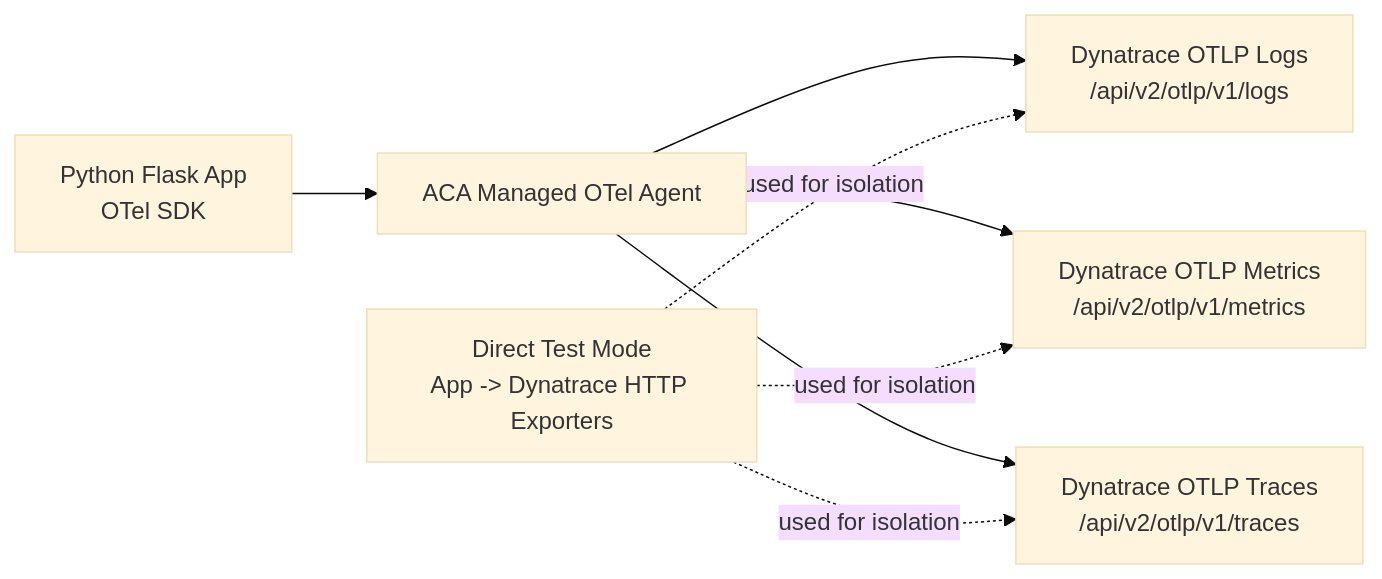
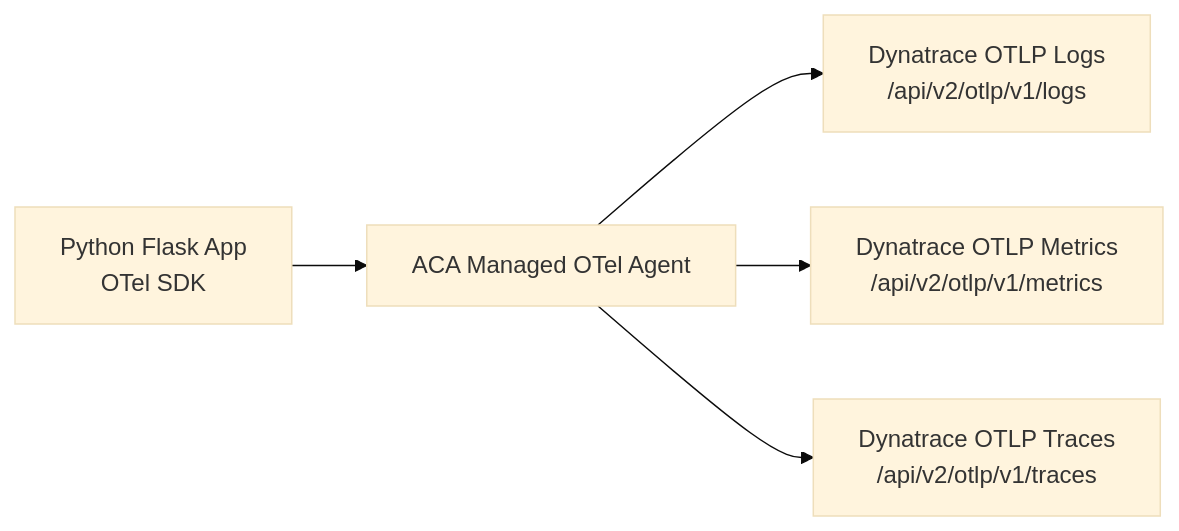
One commit to jeffwmartinez/aca-otel-dynatrace-sample changed the diagram in README.md. Above: the diagram before and after it, drawn with Mermaid (base theme). The commit also changed other lines of this file and 1 other file, not shown here.

Commit message:
Simplify architecture diagrams to managed path only

````diff
--- a/README.md
+++ b/README.md
@@ -18,11 +34,7 @@
 ```mermaid
 flowchart LR
 	A[Python Flask App<br/>OTel SDK] --> B[ACA Managed OTel Agent]
 	B --> C[Dynatrace OTLP Logs<br/>/api/v2/otlp/v1/logs]
 	B --> D[Dynatrace OTLP Metrics<br/>/api/v2/otlp/v1/metrics]
 	B --> E[Dynatrace OTLP Traces<br/>/api/v2/otlp/v1/traces]
-
-	F[Direct Test Mode<br/>App -> Dynatrace HTTP Exporters] -. used for isolation .-> C
-	F -. used for isolation .-> D
-	F -. used for isolation .-> E
 ```
````
